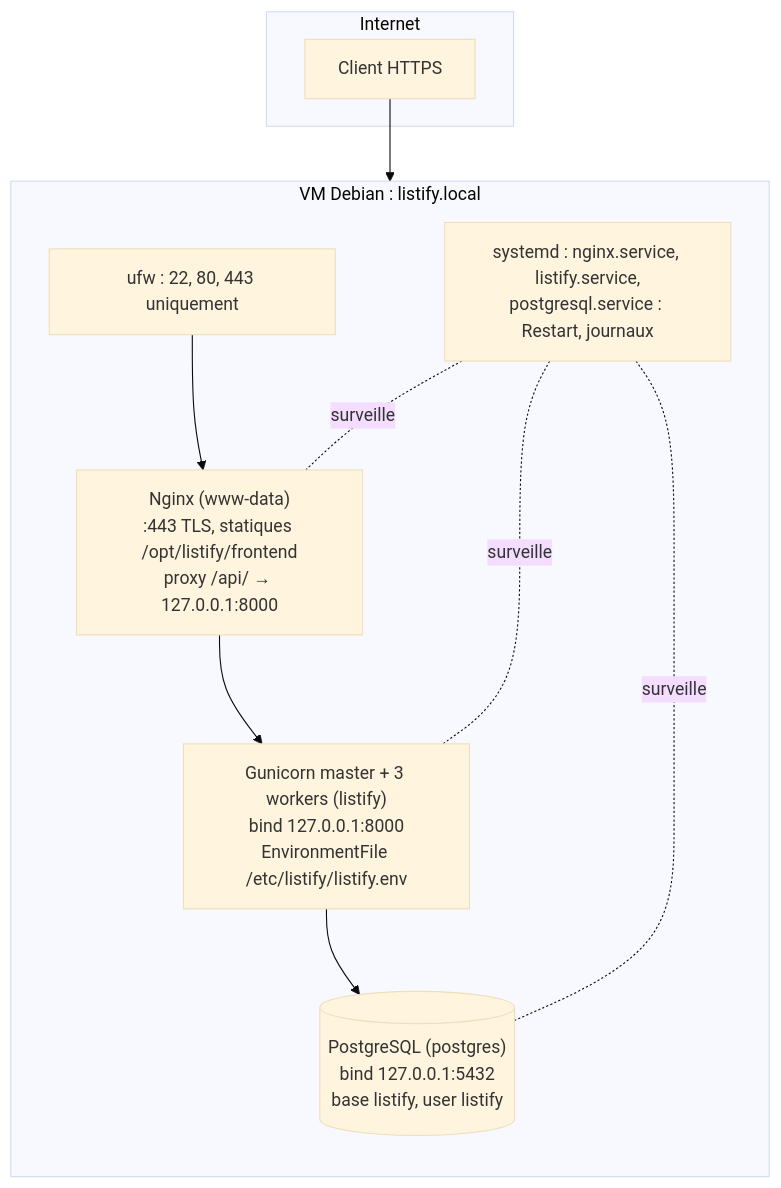
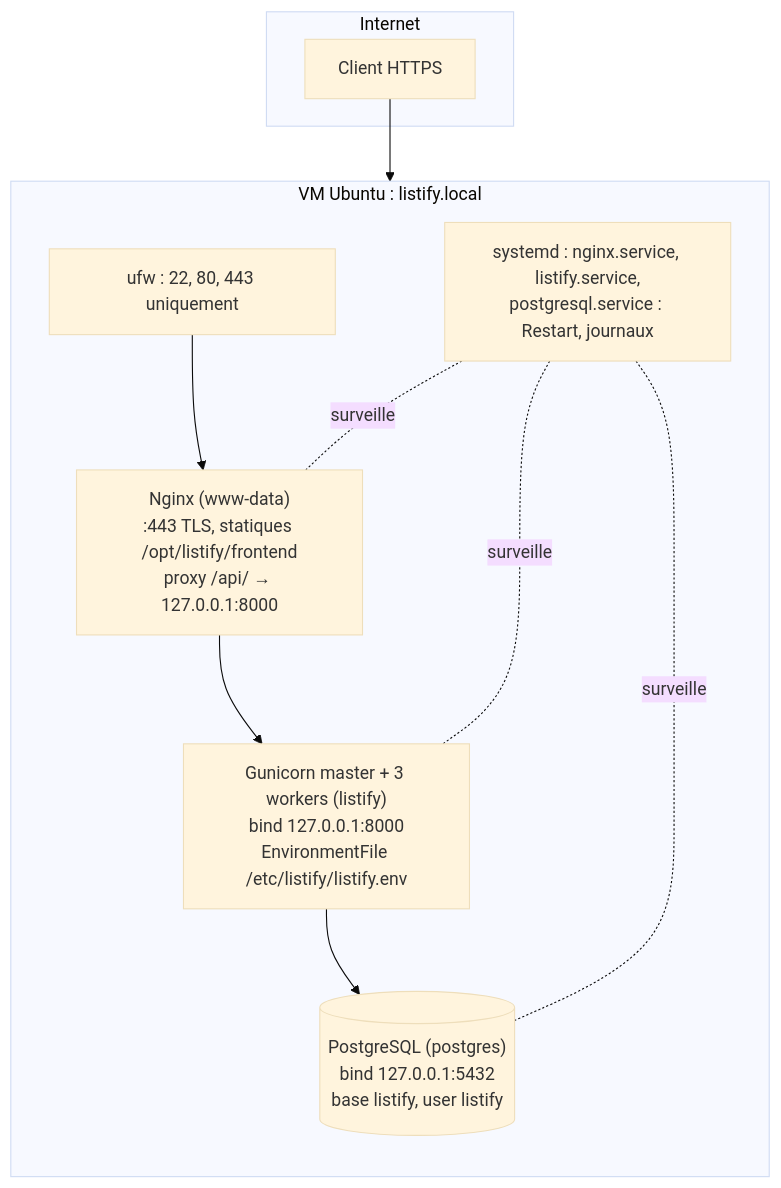
One commit to menraromial/ingenierie-deploiement changed the second of 2 diagrams in docs/semestre1/bloc1/cours/04-architecture-application-web.md. Above: the diagram before and after it, drawn with Mermaid (base theme). The commit also changed 11 other files, not shown here.

Commit message:
Bascule du Bloc 1 sur Ubuntu Server 24.04 LTS (installateur Subiquity, PostgreSQL 16), URL ISO et agrandissement de la timeline

````diff
--- a/docs/semestre1/bloc1/cours/04-architecture-application-web.md
+++ b/docs/semestre1/bloc1/cours/04-architecture-application-web.md
@@ -137,16 +137,16 @@
 ```mermaid
 flowchart TB
     subgraph Internet
         C["Client HTTPS"]
     end
-    subgraph VM["VM Debian : listify.local"]
+    subgraph VM["VM Ubuntu : listify.local"]
         direction TB
         F["ufw : 22, 80, 443 uniquement"]
         N["Nginx (www-data)<br/>:443 TLS, statiques /opt/listify/frontend<br/>proxy /api/ → 127.0.0.1:8000"]
         G["Gunicorn master + 3 workers (listify)<br/>bind 127.0.0.1:8000<br/>EnvironmentFile /etc/listify/listify.env"]
         P[("PostgreSQL (postgres)<br/>bind 127.0.0.1:5432<br/>base listify, user listify")]
         S["systemd : nginx.service, listify.service,<br/>postgresql.service : Restart, journaux"]
     end
     C --> F --> N --> G --> P
     S -.surveille.- N & G & P
 ```
````
